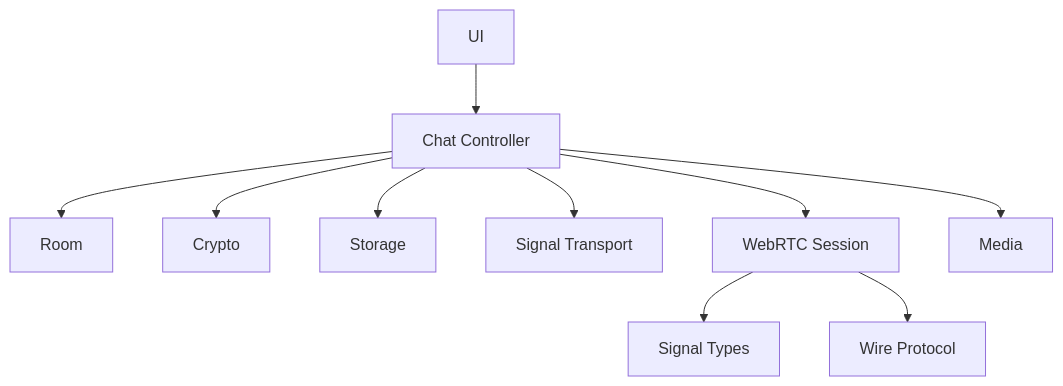
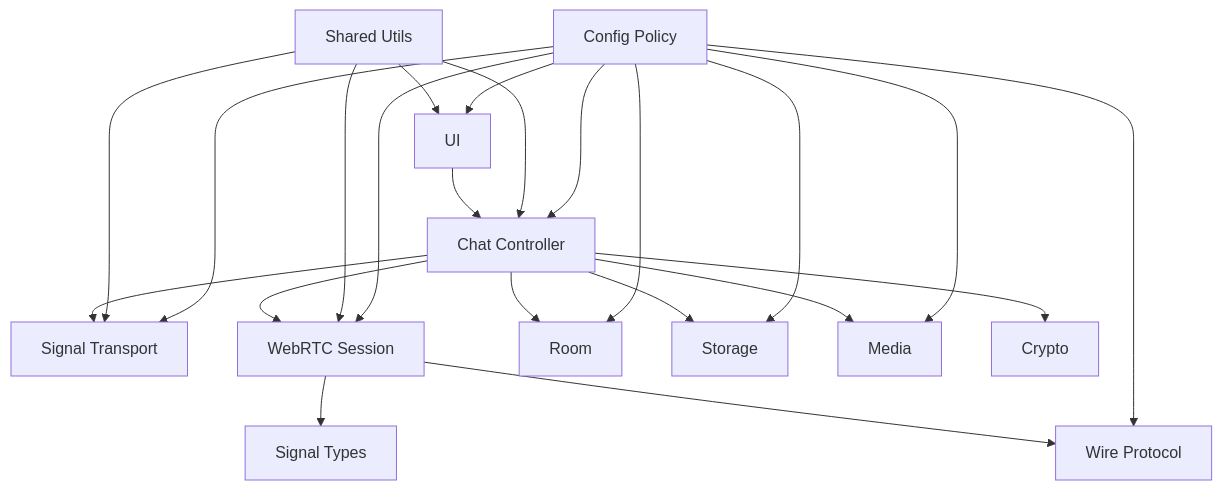
The second of 2 diagrams in docs/architecture.md (MarcWebber/p2p-chat), drawn with Mermaid before and after one commit. The commit also changed other lines of this file and 28 other files, not shown here.

````diff
--- a/docs/architecture.md
+++ b/docs/architecture.md
@@ -201,12 +221,24 @@
 ```mermaid
 flowchart TD
-  UI["UI"] --> CHAT["Chat Controller"]
+  CONFIG["Config Policy"] --> CHAT["Chat Controller"]
+  CONFIG --> SIGNAL["Signal Transport"]
+  CONFIG --> WEBRTC["WebRTC Session"]
+  CONFIG --> UI["UI"]
+  CONFIG --> ROOM["Room"]
+  CONFIG --> STORAGE["Storage"]
+  CONFIG --> MEDIA["Media"]
+  CONFIG --> PROTOCOL["Wire Protocol"]
+  UTILS["Shared Utils"] --> CHAT
+  UTILS --> WEBRTC
+  UTILS --> SIGNAL
+  UTILS --> UI
+  UI --> CHAT
   CHAT --> ROOM["Room"]
   CHAT --> CRYPTO["Crypto"]
   CHAT --> STORAGE["Storage"]
   CHAT --> SIGNAL["Signal Transport"]
   CHAT --> WEBRTC["WebRTC Session"]
   CHAT --> MEDIA["Media"]
   WEBRTC --> SIGNAL_TYPES["Signal Types"]
   WEBRTC --> PROTOCOL["Wire Protocol"]
 ```
````
